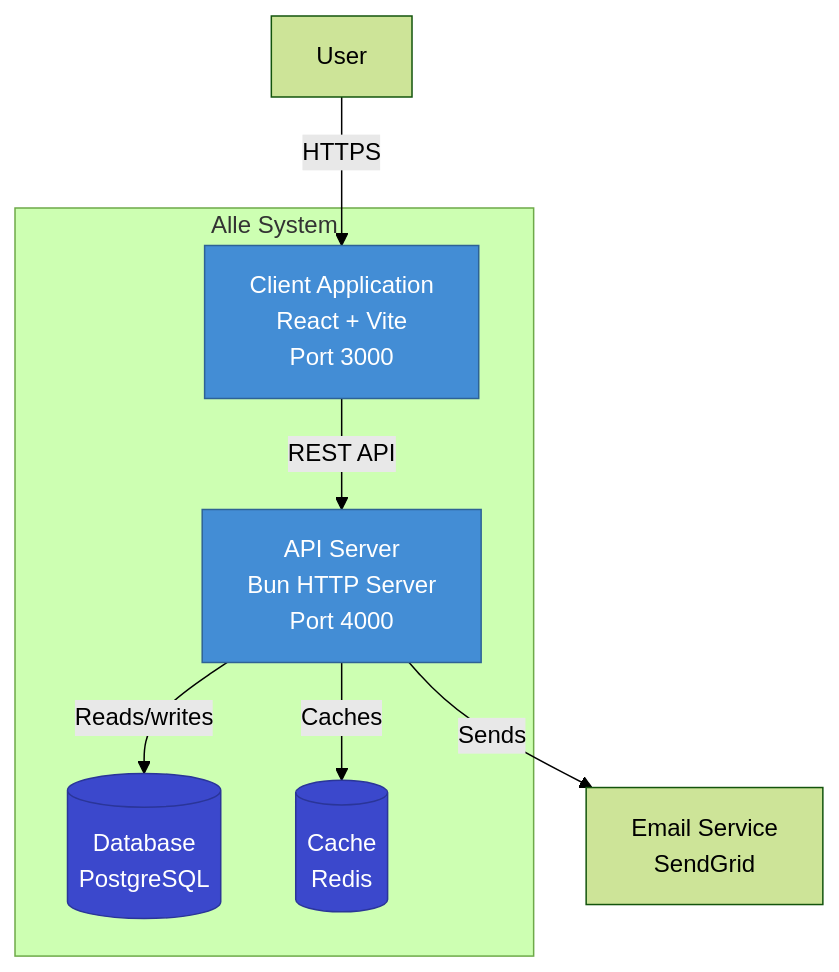
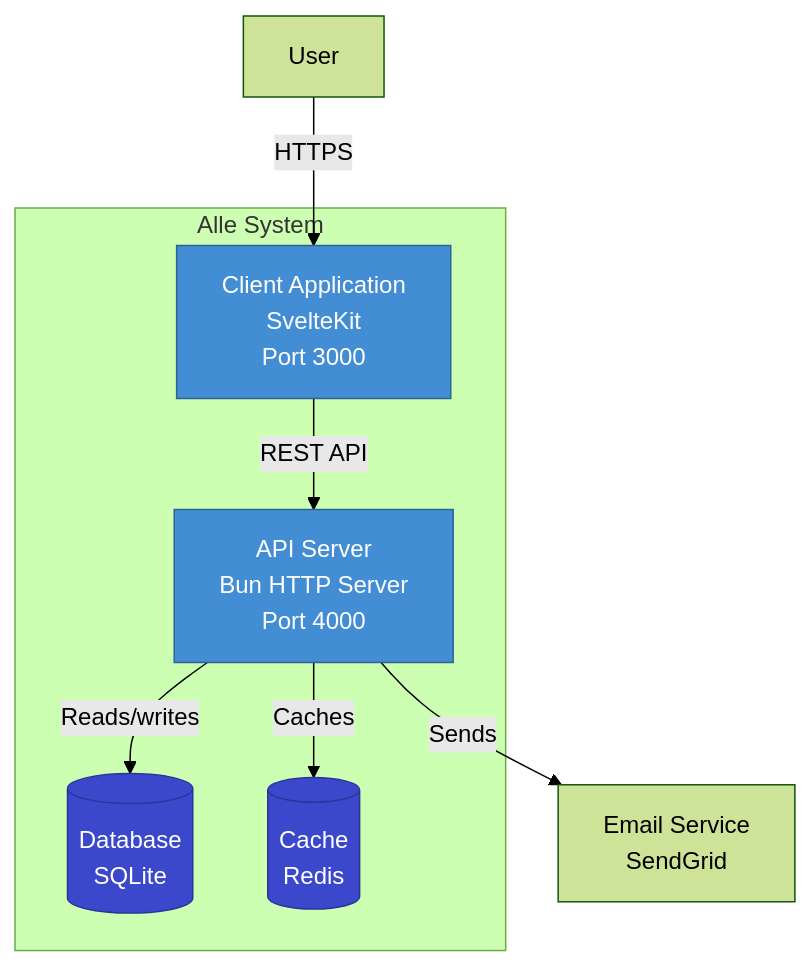
Before and after one commit to funkybooboo/alle: the second of 9 diagrams in docs/devs/standards/diagramming-standards.md, drawn with Mermaid (forest theme). The commit also changed other lines of this file and 37 other files, not shown here.

````diff
--- a/docs/devs/standards/diagramming-standards.md
+++ b/docs/devs/standards/diagramming-standards.md
@@ -114,24 +114,24 @@
 ```mermaid
 graph TB
     User[User]
 
     subgraph "Alle System"
-        Client[Client Application<br/>React + Vite<br/>Port 3000]
+        Client[Client Application<br/>SvelteKit<br/>Port 3000]
         API[API Server<br/>Bun HTTP Server<br/>Port 4000]
-        DB[(Database<br/>PostgreSQL)]
+        DB[(Database<br/>SQLite)]
         Cache[(Cache<br/>Redis)]
     end
 
     Email[Email Service<br/>SendGrid]
 
     User -->|HTTPS| Client
     Client -->|REST API| API
     API -->|Reads/writes| DB
     API -->|Caches| Cache
     API -->|Sends| Email
 
     style Client fill:#438dd5,stroke:#2e6295,color:#ffffff
     style API fill:#438dd5,stroke:#2e6295,color:#ffffff
     style DB fill:#3b48cc,stroke:#2a3599,color:#ffffff
     style Cache fill:#3b48cc,stroke:#2a3599,color:#ffffff
 ```
````
